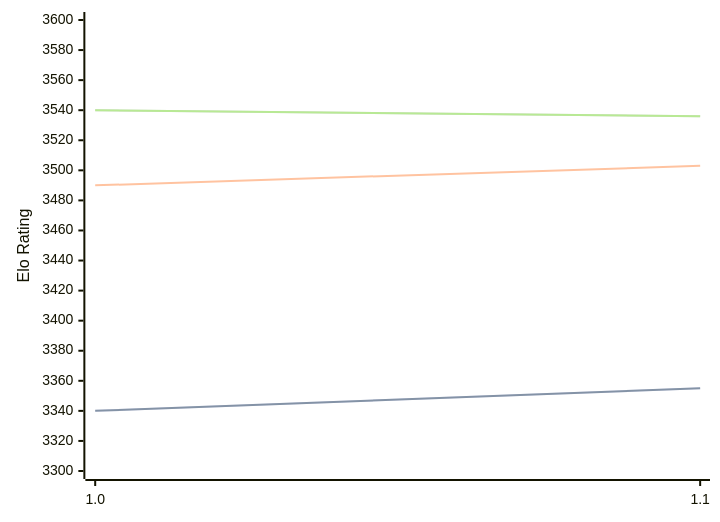
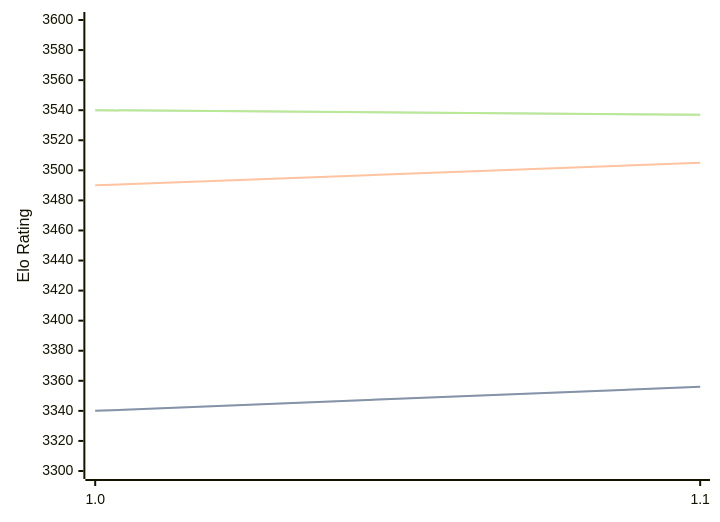
Before and after one commit to computer-chess-index/cci: the diagram in engines/Horsie.md, drawn with Mermaid. The commit also changed other lines of this file, not shown here.

Commit message:
Update CCI Ratings (ELO VLTC) - 2026-09-10

````diff
--- a/engines/Horsie.md
+++ b/engines/Horsie.md
@@ -32,11 +32,11 @@
 ```mermaid
 %%{init: {"theme":"base","themeVariables":{"seriesColors:['#a3a3a3','#222221','#faa371']}}}%%
 xychart-beta
   x-axis ["1.0", "1.1"]
   y-axis "Elo Rating" 3300 --> 3600
-  line "" [3340, 3355]
-  line "STC (8.0+0.08s)" [3340, 3355]
-  line "LTC (60.0+0.60s)" [3490, 3503]
-  line "" [3540, 3536]
-  line "VLTC (2m24s+1.12s)" [3540, 3536]
+  line "" [3340, 3356]
+  line "STC (8.0+0.08s)" [3340, 3356]
+  line "LTC (60.0+0.60s)" [3490, 3505]
+  line "" [3540, 3537]
+  line "VLTC (2m24s+1.12s)" [3540, 3537]
 ```
````
